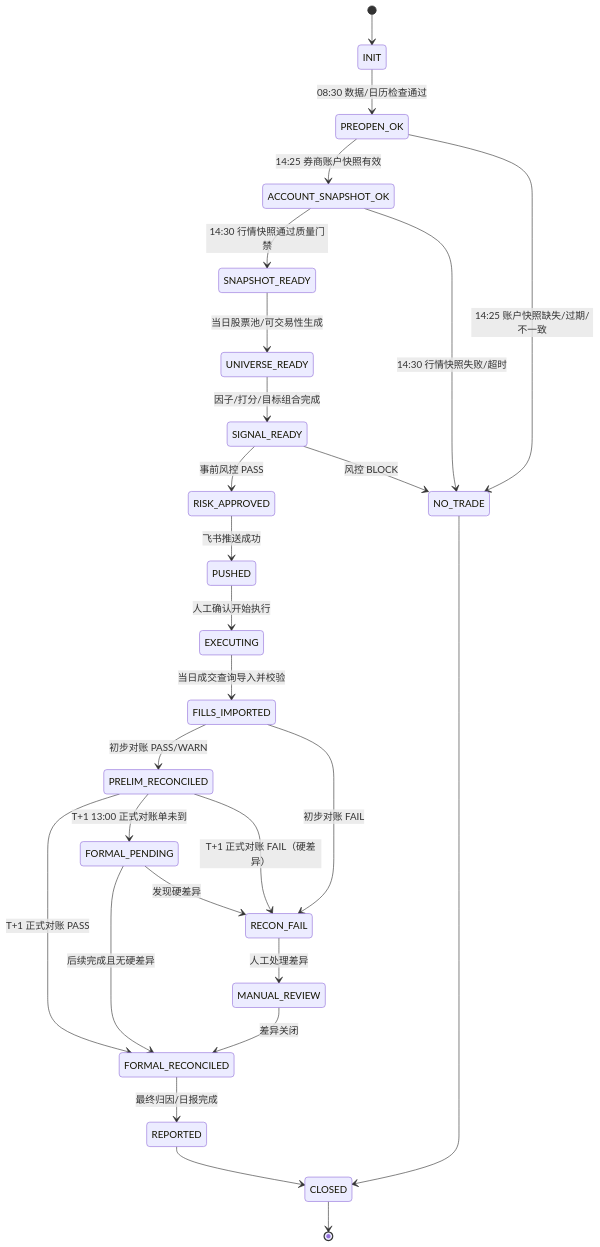
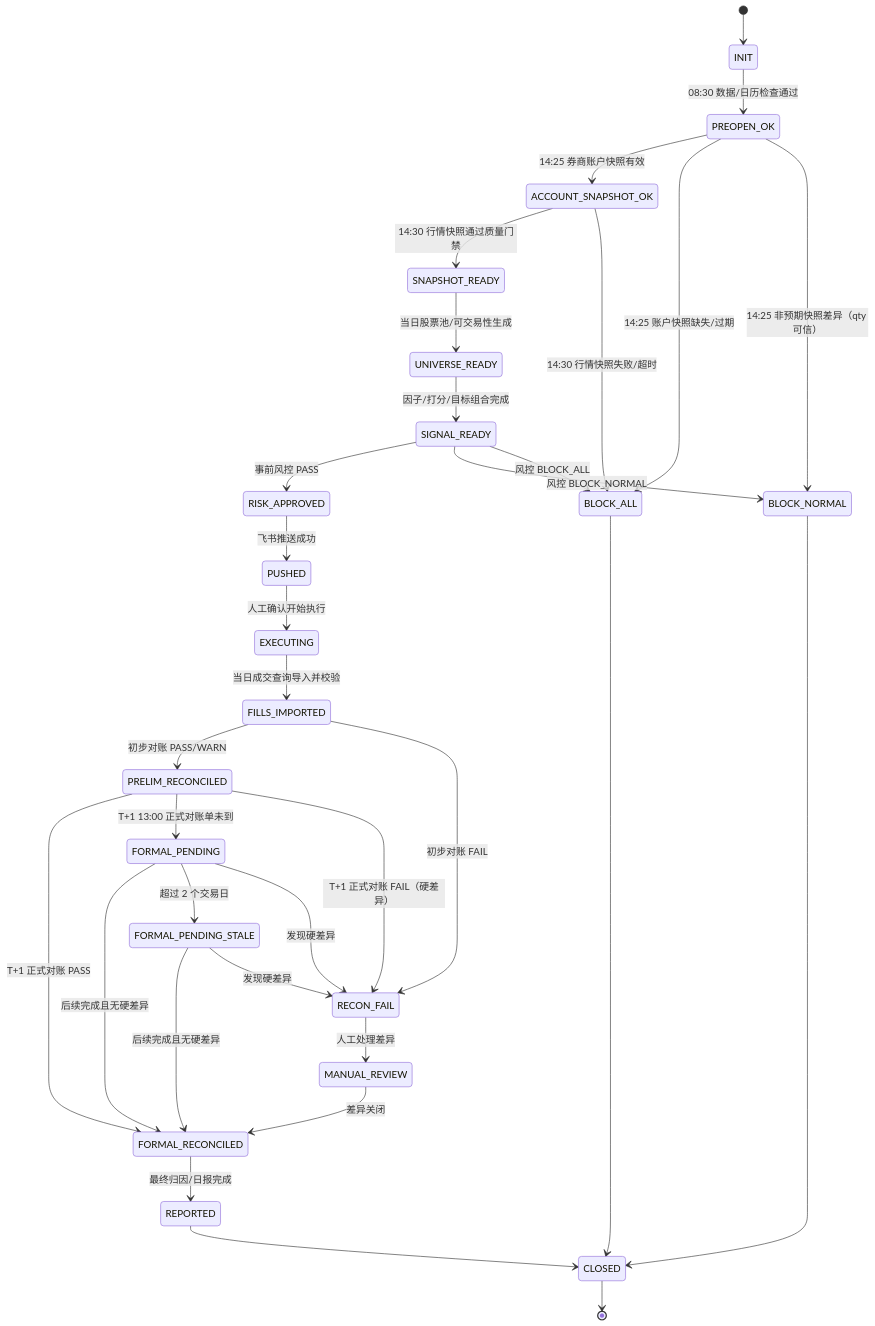
One commit to shanghaitechXHF/quantx changed the third of 3 diagrams in docs/design.md. Above: the diagram before and after it, drawn with Mermaid. The commit also changed other lines of this file and 1 other file, not shown here.

````diff
--- a/docs/design.md
+++ b/docs/design.md
@@ -559,29 +584,35 @@
 ```mermaid
 stateDiagram-v2
     [*] --> INIT
     INIT --> PREOPEN_OK: 08:30 数据/日历检查通过
     PREOPEN_OK --> ACCOUNT_SNAPSHOT_OK: 14:25 券商账户快照有效
-    PREOPEN_OK --> NO_TRADE: 14:25 账户快照缺失/过期/不一致
+    PREOPEN_OK --> BLOCK_ALL: 14:25 账户快照缺失/过期
+    PREOPEN_OK --> BLOCK_NORMAL: 14:25 非预期快照差异（qty 可信）
     ACCOUNT_SNAPSHOT_OK --> SNAPSHOT_READY: 14:30 行情快照通过质量门禁
-    ACCOUNT_SNAPSHOT_OK --> NO_TRADE: 14:30 行情快照失败/超时
+    ACCOUNT_SNAPSHOT_OK --> BLOCK_ALL: 14:30 行情快照失败/超时
     SNAPSHOT_READY --> UNIVERSE_READY: 当日股票池/可交易性生成
     UNIVERSE_READY --> SIGNAL_READY: 因子/打分/目标组合完成
     SIGNAL_READY --> RISK_APPROVED: 事前风控 PASS
-    SIGNAL_READY --> NO_TRADE: 风控 BLOCK
+    SIGNAL_READY --> BLOCK_NORMAL: 风控 BLOCK_NORMAL
+    SIGNAL_READY --> BLOCK_ALL: 风控 BLOCK_ALL
     RISK_APPROVED --> PUSHED: 飞书推送成功
     PUSHED --> EXECUTING: 人工确认开始执行
     EXECUTING --> FILLS_IMPORTED: 当日成交查询导入并校验
     FILLS_IMPORTED --> PRELIM_RECONCILED: 初步对账 PASS/WARN
     FILLS_IMPORTED --> RECON_FAIL: 初步对账 FAIL
     PRELIM_RECONCILED --> FORMAL_RECONCILED: T+1 正式对账 PASS
     PRELIM_RECONCILED --> FORMAL_PENDING: T+1 13:00 正式对账单未到
     FORMAL_PENDING --> FORMAL_RECONCILED: 后续完成且无硬差异
+    FORMAL_PENDING --> FORMAL_PENDING_STALE: 超过 2 个交易日
+    FORMAL_PENDING_STALE --> FORMAL_RECONCILED: 后续完成且无硬差异
+    FORMAL_PENDING_STALE --> RECON_FAIL: 发现硬差异
     FORMAL_PENDING --> RECON_FAIL: 发现硬差异
     PRELIM_RECONCILED --> RECON_FAIL: T+1 正式对账 FAIL（硬差异）
     FORMAL_RECONCILED --> REPORTED: 最终归因/日报完成
     RECON_FAIL --> MANUAL_REVIEW: 人工处理差异
     MANUAL_REVIEW --> FORMAL_RECONCILED: 差异关闭
     REPORTED --> CLOSED
-    NO_TRADE --> CLOSED
+    BLOCK_NORMAL --> CLOSED
+    BLOCK_ALL --> CLOSED
     CLOSED --> [*]
 ```
````
